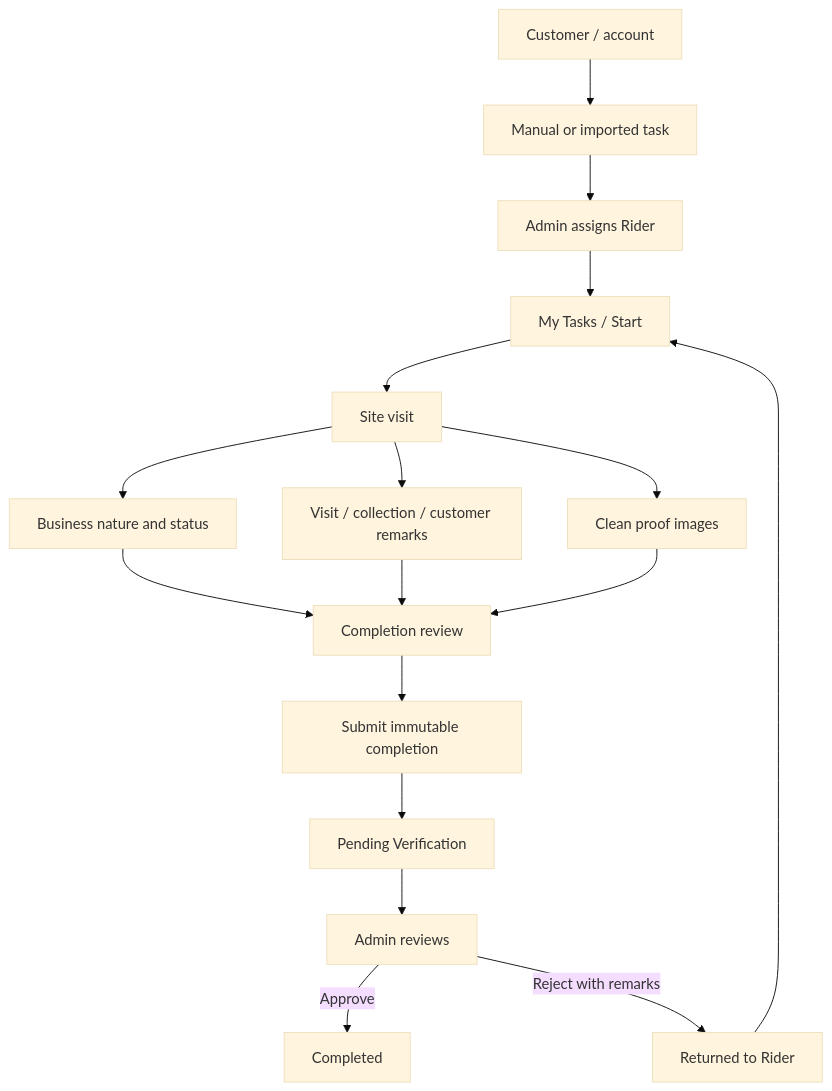
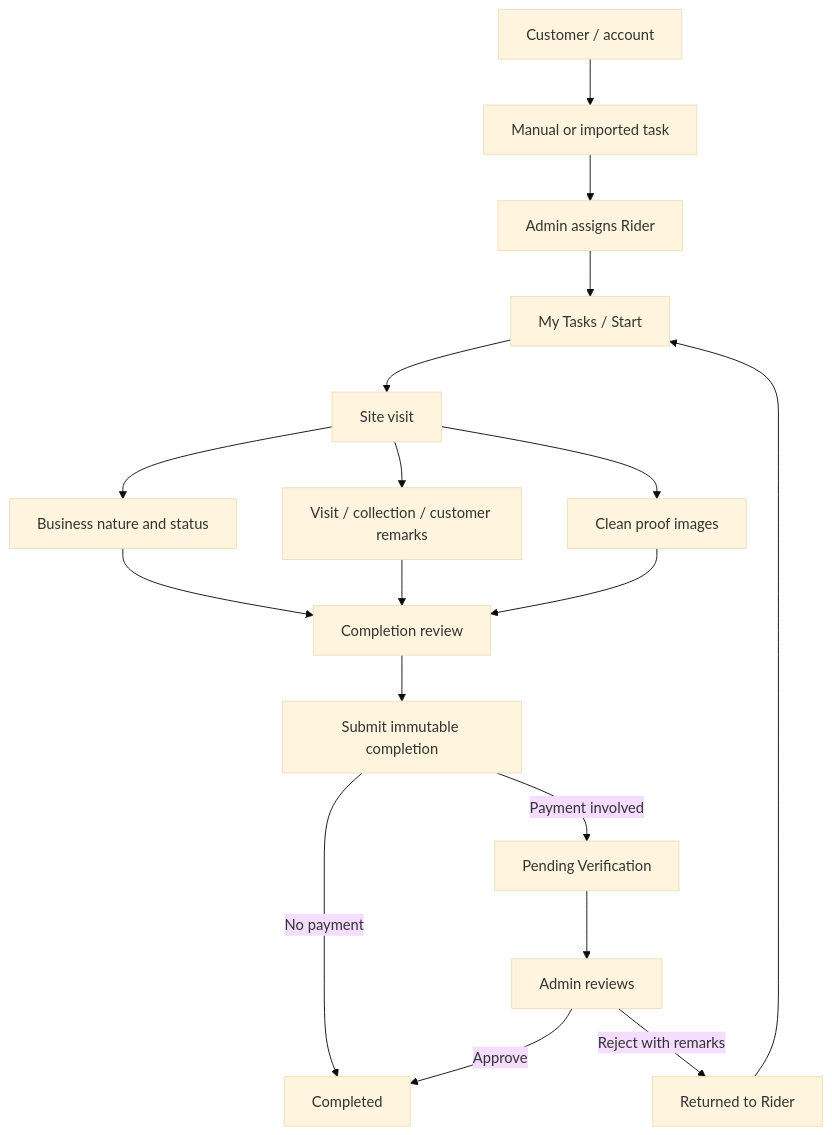
One commit to farisintexcode/Nexora-Project changed the third of 6 diagrams in Module.md. Above: the diagram before and after it, drawn with Mermaid (base theme). The commit also changed other lines of this file and 3 other files, not shown here.

````diff
--- a/Module.md
+++ b/Module.md
@@ -273,19 +273,20 @@
 ```mermaid
 flowchart TD
     Customer[Customer / account] --> Create[Manual or imported task]
     Create --> Assign[Admin assigns Rider]
     Assign --> Rider[My Tasks / Start]
     Rider --> Visit[Site visit]
     Visit --> Business[Business nature and status]
     Visit --> Remarks[Visit / collection / customer remarks]
     Visit --> Proof[Clean proof images]
     Business --> Check[Completion review]
     Remarks --> Check
     Proof --> Check
     Check --> Submit[Submit immutable completion]
-    Submit --> Pending[Pending Verification]
+    Submit -->|No payment| Completed
+    Submit -->|Payment involved| Pending[Pending Verification]
     Pending --> Review[Admin reviews]
     Review -->|Approve| Completed[Completed]
     Review -->|Reject with remarks| Returned[Returned to Rider]
     Returned --> Rider
 ```
````
